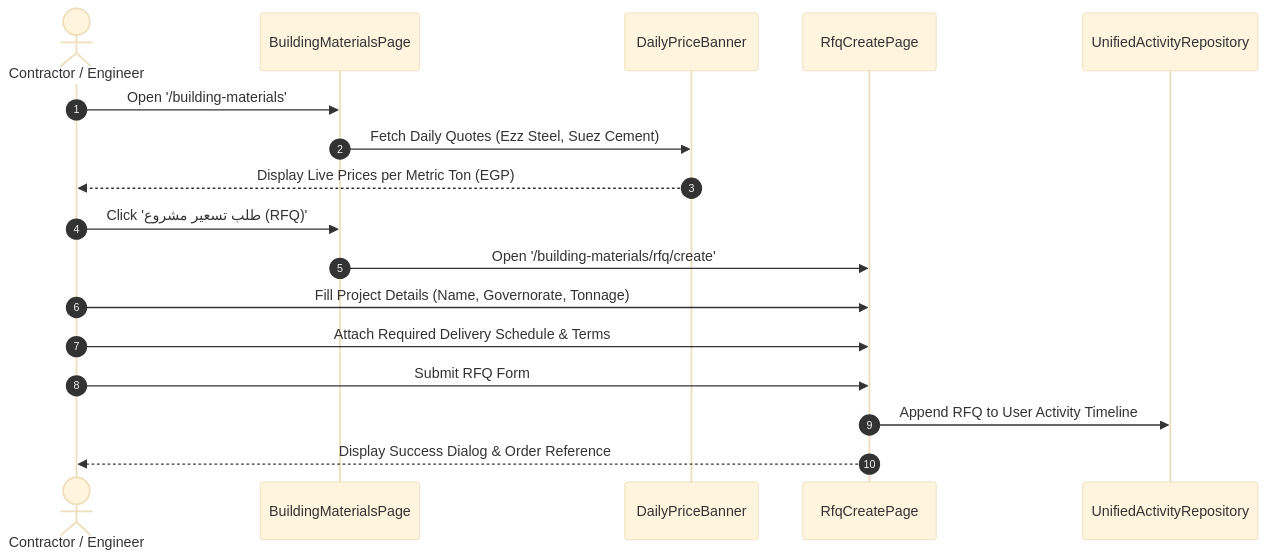
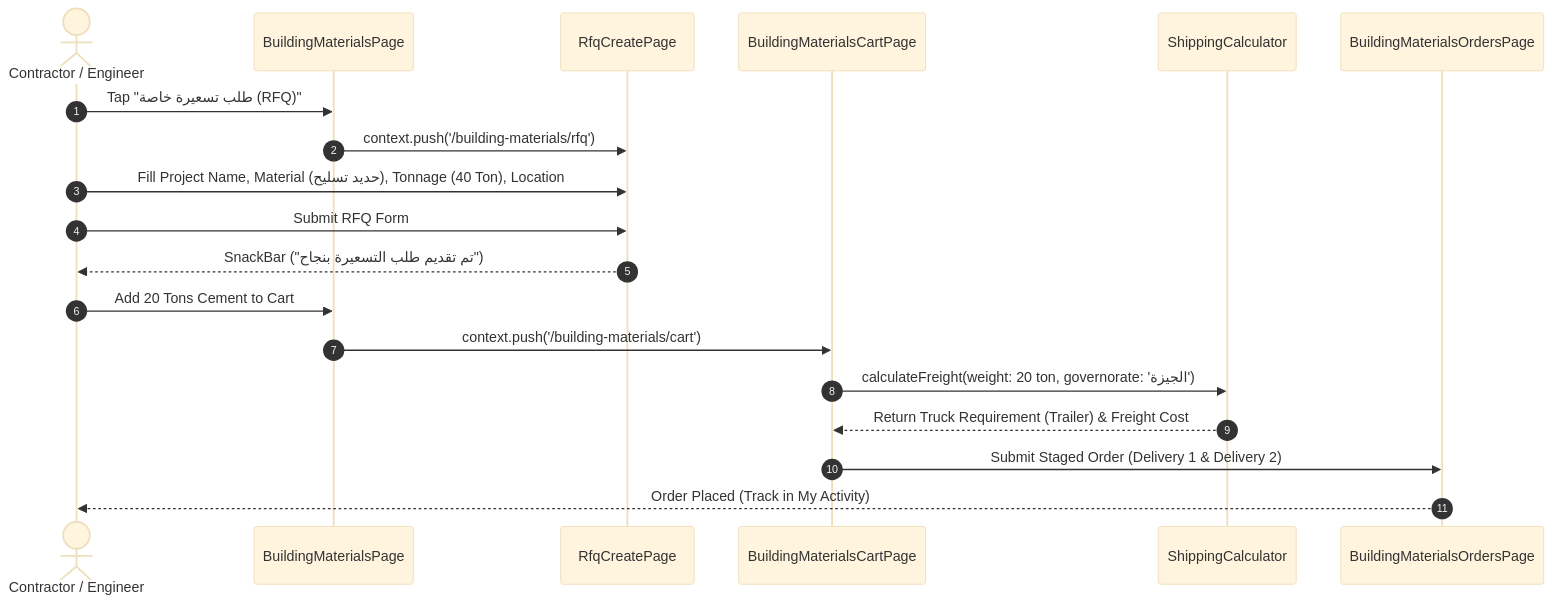
The fifth of 6 diagrams in market_space/docs/mobile-system-design/04 – Navigation_and_User_Flows.md (IbrahimElshishtawy/market_space), drawn with Mermaid (base theme) before and after one commit. The commit also changed other lines of this file and 86 other files, not shown here.

````diff
--- a/market_space/docs/mobile-system-design/04 – Navigation_and_User_Flows.md
+++ b/market_space/docs/mobile-system-design/04 – Navigation_and_User_Flows.md
@@ -138,20 +213,23 @@
 ```mermaid
 sequenceDiagram
     autonumber
     actor Contractor as Contractor / Engineer
-    participant BMPage as BuildingMaterialsPage
-    participant DailyTicker as DailyPriceBanner
-    participant RFQPage as RfqCreatePage
-    participant ActivityRepo as UnifiedActivityRepository
+    participant Hub as BuildingMaterialsPage
+    participant RFQ as RfqCreatePage
+    participant Cart as BuildingMaterialsCartPage
+    participant Calc as ShippingCalculator
+    participant Orders as BuildingMaterialsOrdersPage
 
-    Contractor->>BMPage: Open '/building-materials'
-    BMPage->>DailyTicker: Fetch Daily Quotes (Ezz Steel, Suez Cement)
-    DailyTicker-->>Contractor: Display Live Prices per Metric Ton (EGP)
-    Contractor->>BMPage: Click 'طلب تسعير مشروع (RFQ)'
-    BMPage->>RFQPage: Open '/building-materials/rfq/create'
-    Contractor->>RFQPage: Fill Project Details (Name, Governorate, Tonnage)
-    Contractor->>RFQPage: Attach Required Delivery Schedule & Terms
-    Contractor->>RFQPage: Submit RFQ Form
-    RFQPage->>ActivityRepo: Append RFQ to User Activity Timeline
-    RFQPage-->>Contractor: Display Success Dialog & Order Reference
+    Contractor->>Hub: Tap "طلب تسعيرة خاصة (RFQ)"
+    Hub->>RFQ: context.push('/building-materials/rfq')
+    Contractor->>RFQ: Fill Project Name, Material (حديد تسليح), Tonnage (40 Ton), Location
+    Contractor->>RFQ: Submit RFQ Form
+    RFQ-->>Contractor: SnackBar ("تم تقديم طلب التسعيرة بنجاح")
+    
+    Contractor->>Hub: Add 20 Tons Cement to Cart
+    Hub->>Cart: context.push('/building-materials/cart')
+    Cart->>Calc: calculateFreight(weight: 20 ton, governorate: 'الجيزة')
+    Calc-->>Cart: Return Truck Requirement (Trailer) & Freight Cost
+    Cart->>Orders: Submit Staged Order (Delivery 1 & Delivery 2)
+    Orders-->>Contractor: Order Placed (Track in My Activity)
 ```
````
